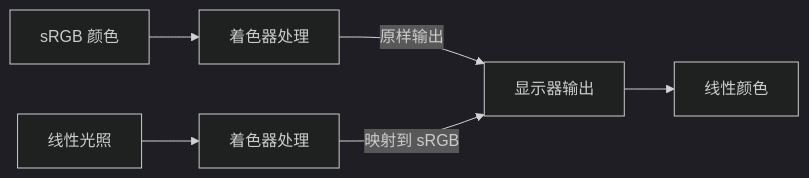
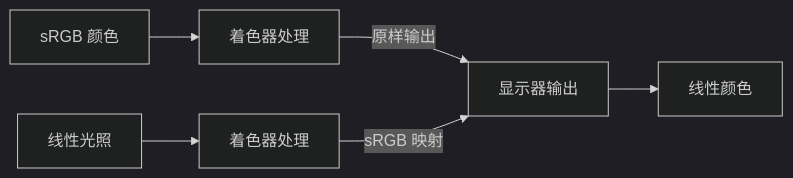
Before and after one commit to MineGraphCN/MGC_Docs: the third of 4 diagrams in Writerside/topics/Developer/Tutorial/Shader/2-3-1-advancedLighting.md, drawn with Mermaid (dark theme). The commit also changed other lines of this file, not shown here.

````diff
--- a/Writerside/topics/Developer/Tutorial/Shader/2-3-1-advancedLighting.md
+++ b/Writerside/topics/Developer/Tutorial/Shader/2-3-1-advancedLighting.md
@@ -934,5 +934,5 @@
     ```mermaid
     flowchart LR
-        A["sRGB 颜色"] --> B["着色器处理"] -- 原样输出 --> C["显示器输出"] --> D["线性颜色"]
-        E["线性光照"] --> F["着色器处理"] -- 映射到 sRGB --> C
+        A["sRGB 颜色"] --> B["着色器处理"] -- "原样输出" --> C["显示器输出"] --> D["线性颜色"]
+        E["线性光照"] --> F["着色器处理"] -- "sRGB 映射" --> C
     ```
````
